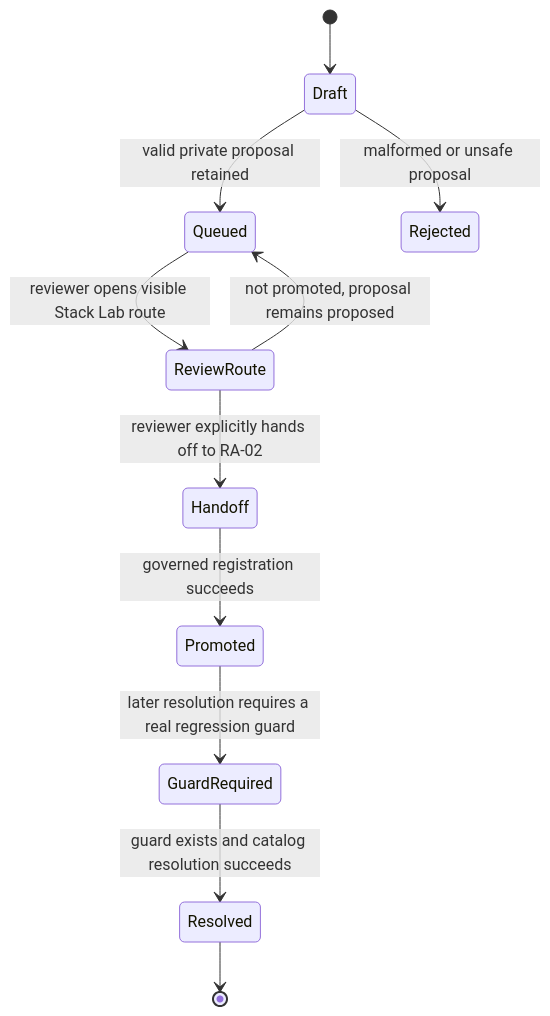
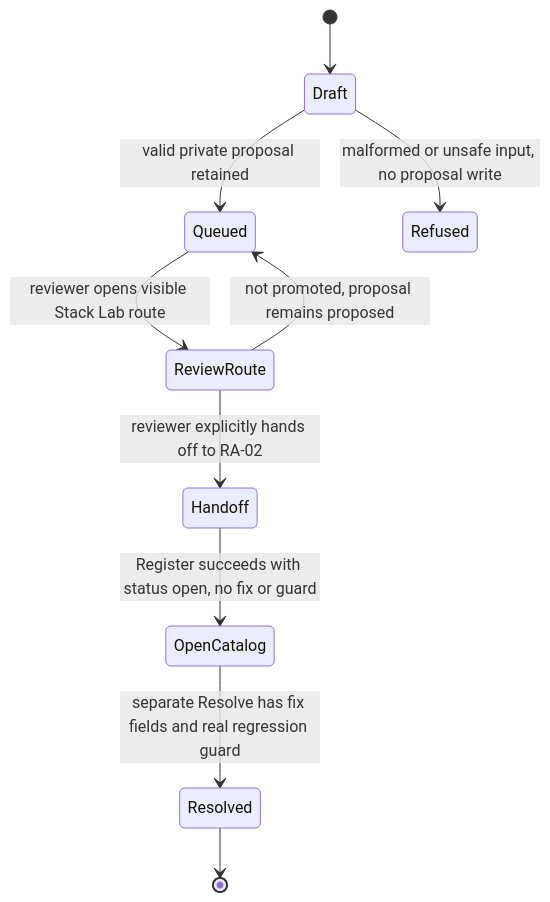
Diagram 31 of 44 in docs/stacklab/pantheon-pt/canon/DIAGRAMS_MAAT_GOVERNANCE.md (SirsiMaster/sirsi-pantheon), drawn with Mermaid before and after one commit. The commit also changed other lines of this file and 2 other files, not shown here.

Commit message:
docs(stacklab): align workflow diagrams with actual effects and recovery

````diff
--- a/docs/stacklab/pantheon-pt/canon/DIAGRAMS_MAAT_GOVERNANCE.md
+++ b/docs/stacklab/pantheon-pt/canon/DIAGRAMS_MAAT_GOVERNANCE.md
@@ -716,13 +717,12 @@
 ```mermaid
 stateDiagram-v2
   [*] --> Draft
   Draft --> Queued: valid private proposal retained
-  Draft --> Rejected: malformed or unsafe proposal
+  Draft --> Refused: malformed or unsafe input, no proposal write
   Queued --> ReviewRoute: reviewer opens visible Stack Lab route
   ReviewRoute --> Queued: not promoted, proposal remains proposed
   ReviewRoute --> Handoff: reviewer explicitly hands off to RA-02
-  Handoff --> Promoted: governed registration succeeds
-  Promoted --> GuardRequired: later resolution requires a real regression guard
-  GuardRequired --> Resolved: guard exists and catalog resolution succeeds
+  Handoff --> OpenCatalog: Register succeeds with status open, no fix or guard
+  OpenCatalog --> Resolved: separate Resolve has fix fields and real regression guard
   Resolved --> [*]
 ```
````
